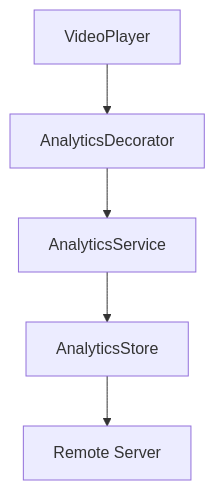
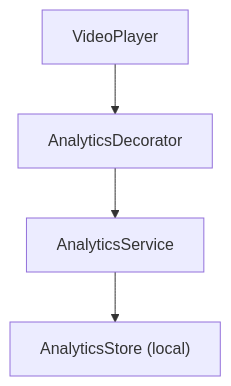
The first of 2 diagrams in docs/features/ANALYTICS.md (tattva20/StreamingVideoApp), drawn with Mermaid before and after one commit. The commit also changed other lines of this file and 43 other files, not shown here.

````diff
--- a/docs/features/ANALYTICS.md
+++ b/docs/features/ANALYTICS.md
@@ -9,5 +9,5 @@
 ```mermaid
 flowchart TB
     VP["VideoPlayer"] --> AD["AnalyticsDecorator"] --> AS["AnalyticsService"]
-    AS --> AST["AnalyticsStore"] --> RS["Remote Server"]
+    AS --> AST["AnalyticsStore (local)"]
 ```
````
